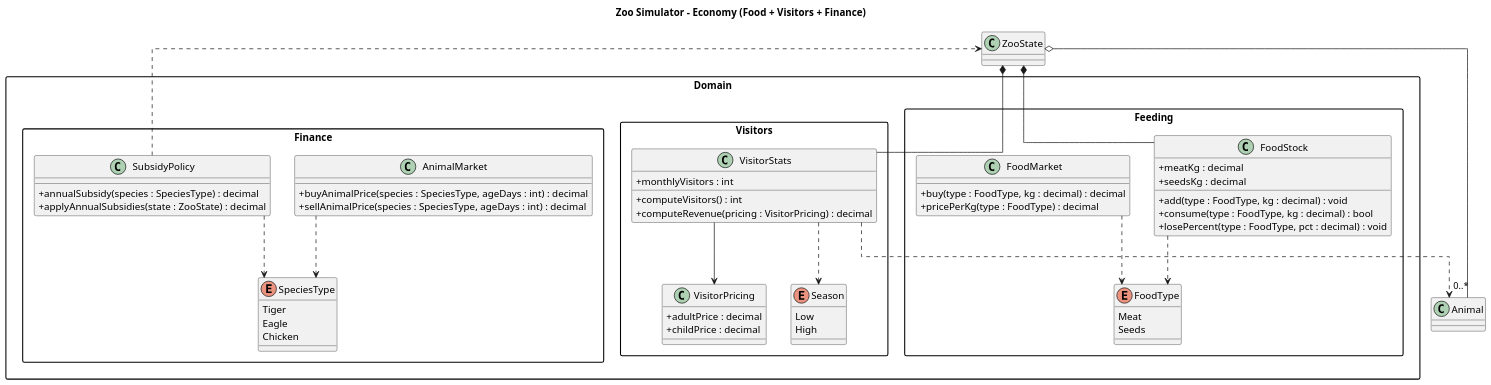
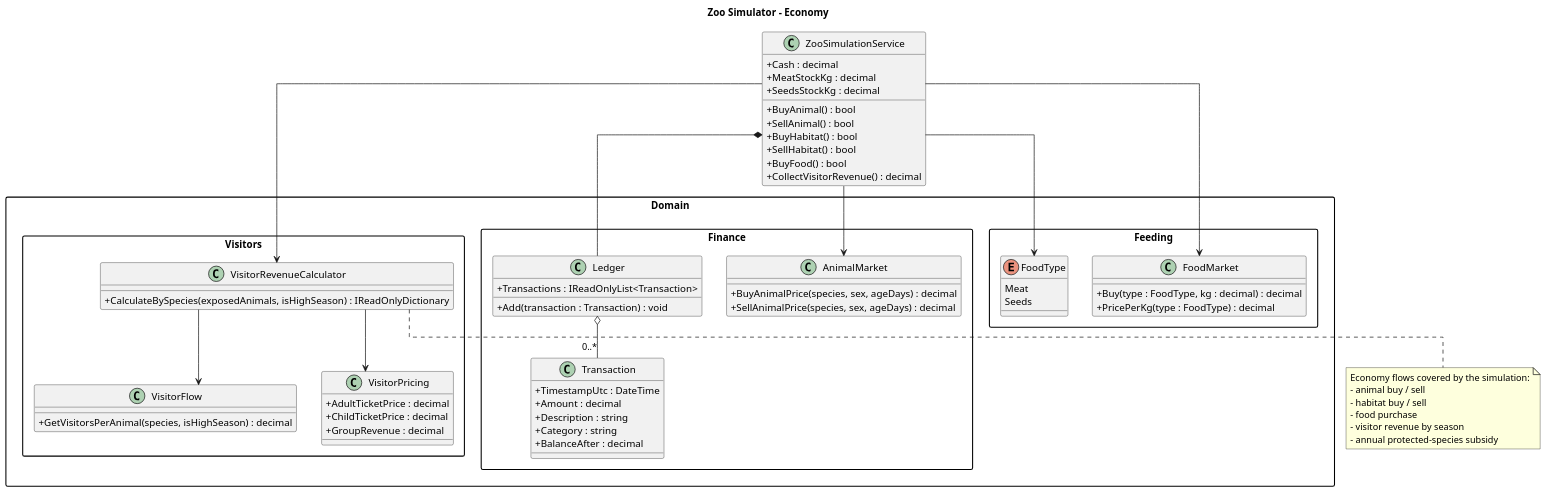
Before and after one commit to Palawizard/Zoo: the diagram in Docs/Diagrams/ZooSimulator.Economy.puml, drawn with PlantUML. The commit also changed 21 other files, not shown here.

```diff
--- a/Docs/Diagrams/ZooSimulator.Economy.puml
+++ b/Docs/Diagrams/ZooSimulator.Economy.puml
@@ -1,81 +1,89 @@
 @startuml ZooSimulatorEconomy
 skinparam shadowing false
 skinparam classAttributeIconSize 0
 skinparam packageStyle rectangle
 skinparam linetype ortho
 skinparam dpi 120
 top to bottom direction
 
-title Zoo Simulator - Economy (Food + Visitors + Finance)
+title Zoo Simulator - Economy
 
-class ZooState
-class Animal
+class ZooSimulationService {
+  +Cash : decimal
+  +MeatStockKg : decimal
+  +SeedsStockKg : decimal
+  +BuyAnimal() : bool
+  +SellAnimal() : bool
+  +BuyHabitat() : bool
+  +SellHabitat() : bool
+  +BuyFood() : bool
+  +CollectVisitorRevenue() : decimal
+}
 
 package "Domain.Feeding" {
-  class FoodStock {
-    +meatKg : decimal
-    +seedsKg : decimal
-    +add(type : FoodType, kg : decimal) : void
-    +consume(type : FoodType, kg : decimal) : bool
-    +losePercent(type : FoodType, pct : decimal) : void
-  }
-
   class FoodMarket {
-    +buy(type : FoodType, kg : decimal) : decimal
-    +pricePerKg(type : FoodType) : decimal
+    +Buy(type : FoodType, kg : decimal) : decimal
+    +PricePerKg(type : FoodType) : decimal
   }
 
   enum FoodType {
     Meat
     Seeds
   }
 }
 
-package "Domain.Visitors" {
-  class VisitorPricing {
-    +adultPrice : decimal
-    +childPrice : decimal
+package "Domain.Finance" {
+  class AnimalMarket {
+    +BuyAnimalPrice(species, sex, ageDays) : decimal
+    +SellAnimalPrice(species, sex, ageDays) : decimal
   }
 
-  class VisitorStats {
-    +monthlyVisitors : int
-    +computeVisitors() : int
-    +computeRevenue(pricing : VisitorPricing) : decimal
+  class Ledger {
+    +Transactions : IReadOnlyList<Transaction>
+    +Add(transaction : Transaction) : void
   }
 
-  enum Season {
-    Low
-    High
+  class Transaction {
+    +TimestampUtc : DateTime
+    +Amount : decimal
+    +Description : string
+    +Category : string
+    +BalanceAfter : decimal
   }
 }
 
-package "Domain.Finance" {
-  enum SpeciesType {
-    Tiger
-    Eagle
-    Chicken
+package "Domain.Visitors" {
+  class VisitorFlow {
+    +GetVisitorsPerAnimal(species, isHighSeason) : decimal
   }
 
-  class AnimalMarket {
-    +buyAnimalPrice(species : SpeciesType, ageDays : int) : decimal
-    +sellAnimalPrice(species : SpeciesType, ageDays : int) : decimal
+  class VisitorPricing {
+    +AdultTicketPrice : decimal
+    +ChildTicketPrice : decimal
+    +GroupRevenue : decimal
   }
 
-  class SubsidyPolicy {
-    +annualSubsidy(species : SpeciesType) : decimal
-    +applyAnnualSubsidies(state : ZooState) : decimal
+  class VisitorRevenueCalculator {
+    +CalculateBySpecies(exposedAnimals, isHighSeason) : IReadOnlyDictionary
   }
 }
 
-ZooState *-- FoodStock
-ZooState *-- VisitorStats
-ZooState o-- "0..*" Animal
-FoodStock ..> FoodType
-FoodMarket ..> FoodType
-VisitorStats ..> Season
-VisitorStats ..> Animal
-VisitorStats --> VisitorPricing
-AnimalMarket ..> SpeciesType
-SubsidyPolicy ..> SpeciesType
-SubsidyPolicy ..> ZooState
+ZooSimulationService *-- Ledger
+ZooSimulationService --> FoodMarket
+ZooSimulationService --> AnimalMarket
+ZooSimulationService --> VisitorRevenueCalculator
+ZooSimulationService --> FoodType
+
+Ledger o-- "0..*" Transaction
+VisitorRevenueCalculator --> VisitorFlow
+VisitorRevenueCalculator --> VisitorPricing
+
+note bottom
+Economy flows covered by the simulation:
+- animal buy / sell
+- habitat buy / sell
+- food purchase
+- visitor revenue by season
+- annual protected-species subsidy
+end note
 @enduml
```
